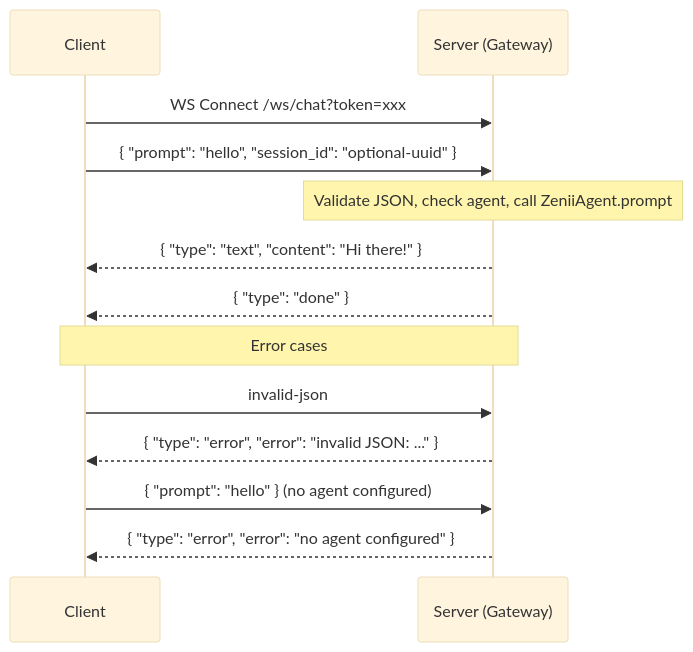
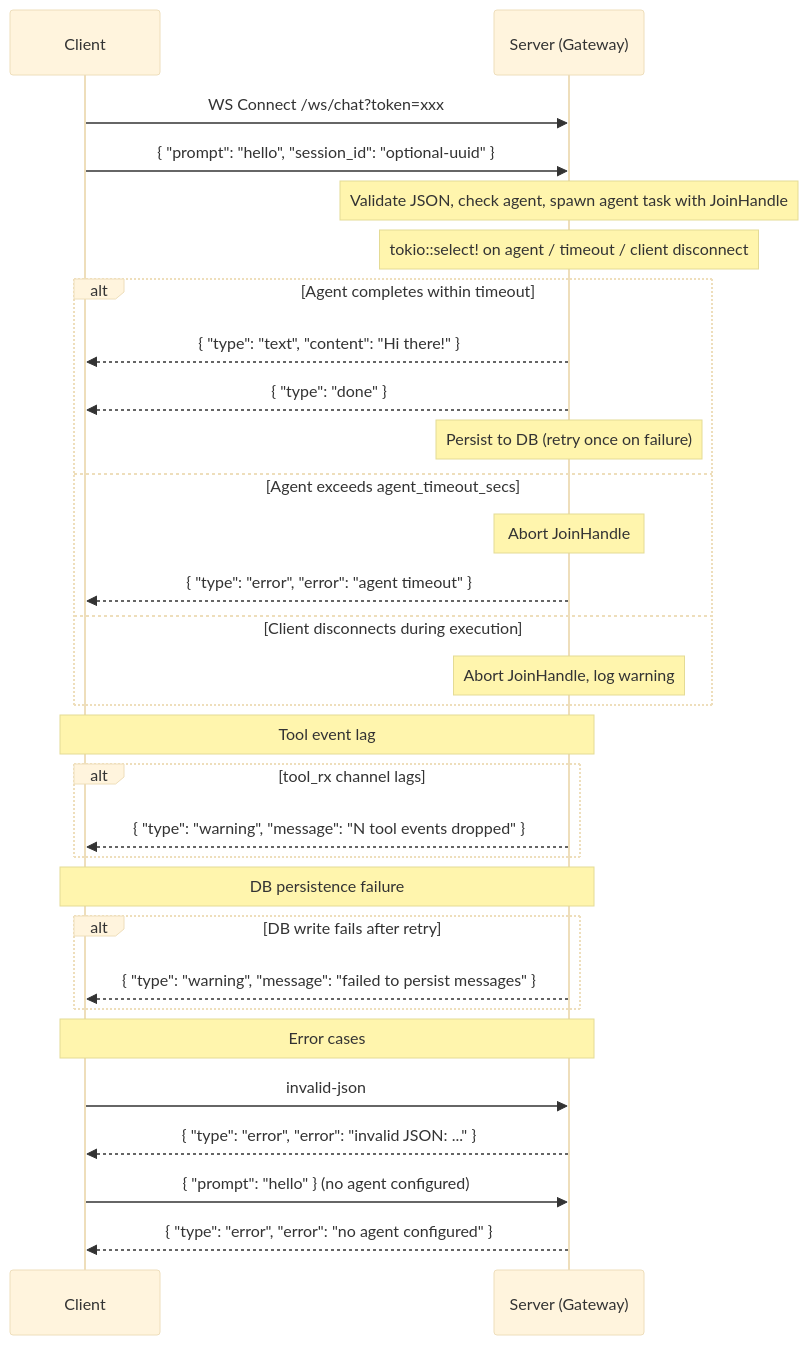
The fifth of 26 diagrams in docs-site/docs/processes.md (sprklai/zenii), drawn with Mermaid (base theme) before and after one commit. The commit also changed other lines of this file and 8 other files, not shown here.

````diff
--- a/docs-site/docs/processes.md
+++ b/docs-site/docs/processes.md
@@ -188,16 +189,37 @@
 ```mermaid
 sequenceDiagram
     participant C as Client
     participant S as Server (Gateway)
 
     C->>S: WS Connect /ws/chat?token=xxx
     C->>S: { "prompt": "hello", "session_id": "optional-uuid" }
-    Note over S: Validate JSON, check agent, call ZeniiAgent.prompt
-    S-->>C: { "type": "text", "content": "Hi there!" }
-    S-->>C: { "type": "done" }
+    Note over S: Validate JSON, check agent, spawn agent task with JoinHandle
+    Note over S: tokio::select! on agent / timeout / client disconnect
+
+    alt Agent completes within timeout
+        S-->>C: { "type": "text", "content": "Hi there!" }
+        S-->>C: { "type": "done" }
+        Note over S: Persist to DB (retry once on failure)
+    else Agent exceeds agent_timeout_secs
+        Note over S: Abort JoinHandle
+        S-->>C: { "type": "error", "error": "agent timeout" }
+    else Client disconnects during execution
+        Note over S: Abort JoinHandle, log warning
+    end
+
+    Note over C,S: Tool event lag
+    alt tool_rx channel lags
+        S-->>C: { "type": "warning", "message": "N tool events dropped" }
+    end
+
+    Note over C,S: DB persistence failure
+    alt DB write fails after retry
+        S-->>C: { "type": "warning", "message": "failed to persist messages" }
+    end
+
     Note over C,S: Error cases
     C->>S: invalid-json
     S-->>C: { "type": "error", "error": "invalid JSON: ..." }
     C->>S: { "prompt": "hello" } (no agent configured)
     S-->>C: { "type": "error", "error": "no agent configured" }
 ```
````
